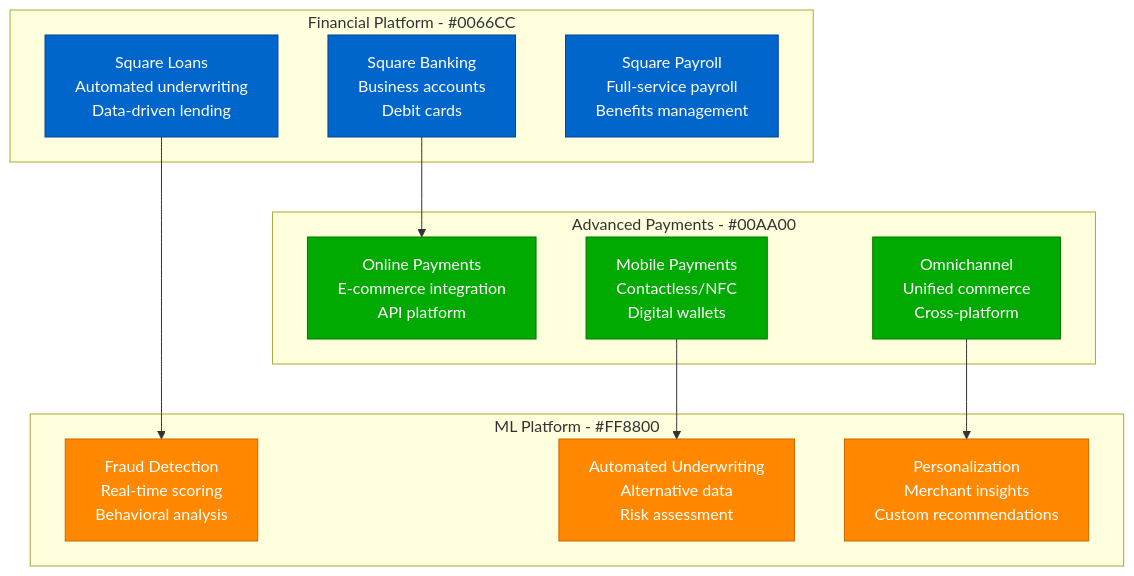
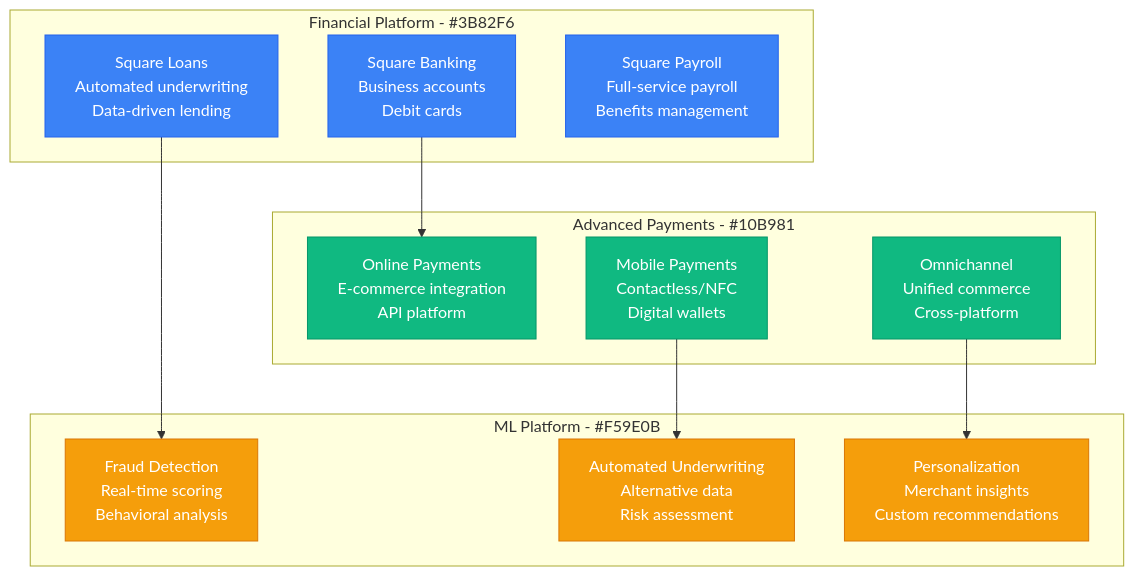
The third of 3 diagrams in site/docs/scaling/square-scale-evolution.md (deepaucksharma/DS), drawn with Mermaid before and after one commit. The commit also changed other lines of this file and 187 other files, not shown here.

````diff
--- a/site/docs/scaling/square-scale-evolution.md
+++ b/site/docs/scaling/square-scale-evolution.md
@@ -111,33 +111,33 @@
 ```mermaid
 graph TB
-    subgraph FinancialPlatform[Financial Platform - #0066CC]
+    subgraph FinancialPlatform[Financial Platform - #3B82F6]
         SQUARE_BANKING[Square Banking<br/>Business accounts<br/>Debit cards]
         SQUARE_LOANS[Square Loans<br/>Automated underwriting<br/>Data-driven lending]
         SQUARE_PAYROLL[Square Payroll<br/>Full-service payroll<br/>Benefits management]
     end
 
-    subgraph AdvancedPayments[Advanced Payments - #00AA00]
+    subgraph AdvancedPayments[Advanced Payments - #10B981]
         ONLINE_PAYMENTS[Online Payments<br/>E-commerce integration<br/>API platform]
         MOBILE_PAYMENTS[Mobile Payments<br/>Contactless/NFC<br/>Digital wallets]
         OMNICHANNEL[Omnichannel<br/>Unified commerce<br/>Cross-platform]
     end
 
-    subgraph MLPlatform[ML Platform - #FF8800]
+    subgraph MLPlatform[ML Platform - #F59E0B]
         FRAUD_DETECTION[Fraud Detection<br/>Real-time scoring<br/>Behavioral analysis]
         UNDERWRITING[Automated Underwriting<br/>Alternative data<br/>Risk assessment]
         PERSONALIZATION[Personalization<br/>Merchant insights<br/>Custom recommendations]
     end
 
     SQUARE_BANKING --> ONLINE_PAYMENTS
     SQUARE_LOANS --> FRAUD_DETECTION
     MOBILE_PAYMENTS --> UNDERWRITING
     OMNICHANNEL --> PERSONALIZATION
 
-    classDef financialStyle fill:#0066CC,stroke:#004499,color:#fff
-    classDef paymentsStyle fill:#00AA00,stroke:#007700,color:#fff
-    classDef mlStyle fill:#FF8800,stroke:#CC6600,color:#fff
+    classDef financialStyle fill:#3B82F6,stroke:#2563EB,color:#fff
+    classDef paymentsStyle fill:#10B981,stroke:#059669,color:#fff
+    classDef mlStyle fill:#F59E0B,stroke:#D97706,color:#fff
 
     class SQUARE_BANKING,SQUARE_LOANS,SQUARE_PAYROLL financialStyle
     class ONLINE_PAYMENTS,MOBILE_PAYMENTS,OMNICHANNEL paymentsStyle
     class FRAUD_DETECTION,UNDERWRITING,PERSONALIZATION mlStyle
 ```
````
